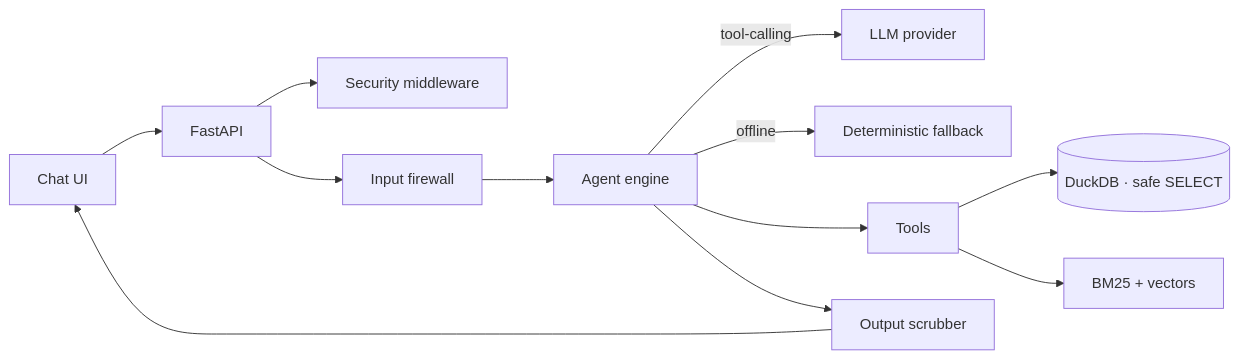
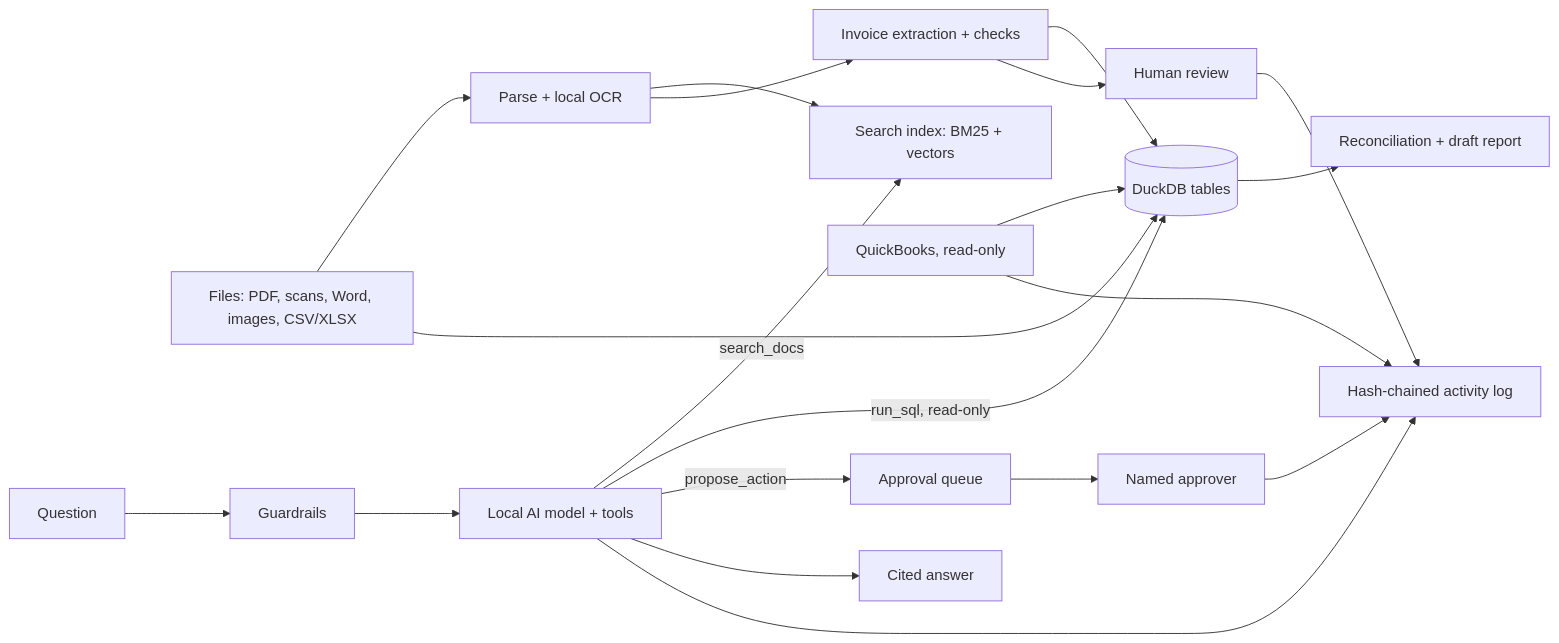
Before and after one commit to GopalGB/rag-analytics-assistant: the diagram in README.md, drawn with Mermaid. The commit also changed other lines of this file and 87 other files, not shown here.

````diff
--- a/README.md
+++ b/README.md
@@ -41,13 +76,18 @@
 ```mermaid
 flowchart LR
-    UI[Chat UI] --> API[FastAPI]
-    API --> MW[Security middleware]
-    API --> Guard[Input firewall]
-    Guard --> Engine[Agent engine]
-    Engine -->|tool-calling| LLM[LLM provider]
-    Engine -->|offline| Fallback[Deterministic fallback]
-    Engine --> Tools
-    Tools --> SQL[(DuckDB · safe SELECT)]
-    Tools --> RAG[BM25 + vectors]
-    Engine --> Scrub[Output scrubber] --> UI
+    F[Files: PDF, scans, Word, images, CSV/XLSX] --> P[Parse + local OCR]
+    P --> I[Search index: BM25 + vectors]
+    P --> X[Invoice extraction + checks]
+    F --> T[(DuckDB tables)]
+    X --> T
+    Q[QuickBooks, read-only] --> T
+    T --> R[Reconciliation + draft report]
+    U[Question] --> G[Guardrails] --> A[Local AI model + tools]
+    A -->|search_docs| I
+    A -->|run_sql, read-only| T
+    A -->|propose_action| AP[Approval queue]
+    A --> S[Cited answer]
+    X --> RV[Human review]
+    AP --> H[Named approver]
+    RV & H & A & Q --> L[Hash-chained activity log]
 ```
````
